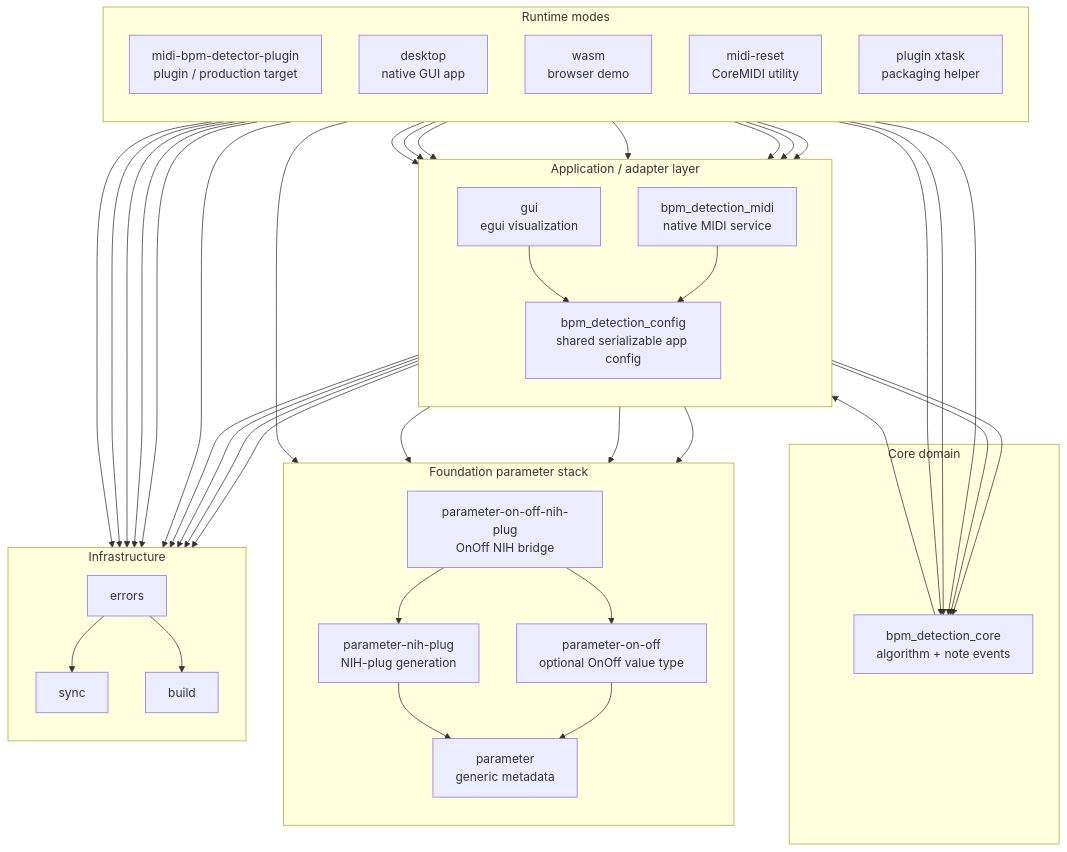
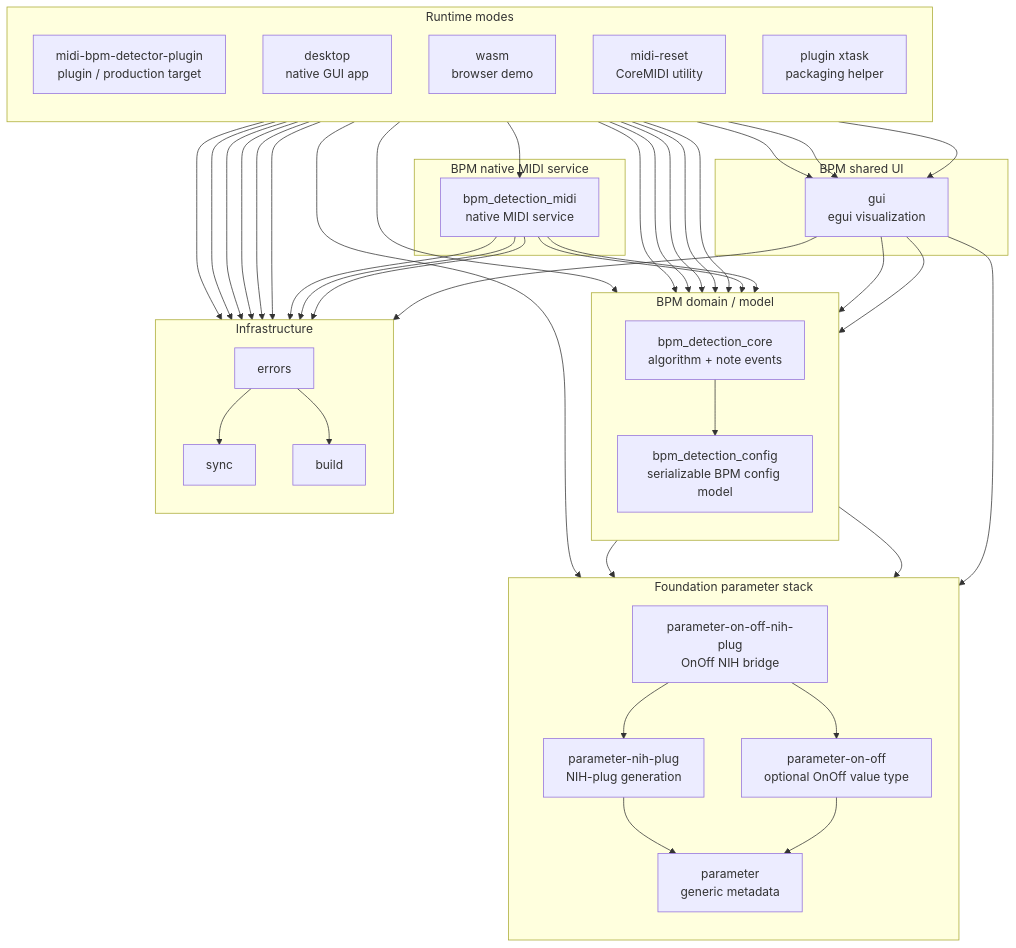
Before and after one commit to valsteen/midi_bpm_detection: the diagram in rust/architecture.md, drawn with Mermaid. The commit also changed other lines of this file and 30 other files, not shown here.

````diff
--- a/rust/architecture.md
+++ b/rust/architecture.md
@@ -24,73 +24,76 @@
 ```mermaid
 flowchart TD
   subgraph modes["Runtime modes"]
     direction TB
     plugin["midi-bpm-detector-plugin<br/>plugin / production target"]
     desktop["desktop<br/>native GUI app"]
     wasm["wasm<br/>browser demo"]
     midi_reset["midi-reset<br/>CoreMIDI utility"]
     xtask["plugin xtask<br/>packaging helper"]
   end
 
-  subgraph adapters["Application / adapter layer"]
+  subgraph domain["BPM domain / model"]
     direction TB
-    gui["gui<br/>egui visualization"]
-    config["bpm_detection_config<br/>shared serializable app config"]
-    midi["bpm_detection_midi<br/>native MIDI service"]
+    config["bpm_detection_config<br/>serializable BPM config model"]
+    core["bpm_detection_core<br/>algorithm + note events"]
   end
 
-  subgraph domain["Core domain"]
-    core["bpm_detection_core<br/>algorithm + note events"]
+  subgraph shared_ui["BPM shared UI"]
+    gui["gui<br/>egui visualization"]
+  end
+
+  subgraph native_midi["BPM native MIDI service"]
+    midi["bpm_detection_midi<br/>native MIDI service"]
   end
 
   subgraph foundation["Foundation parameter stack"]
     direction TB
     parameter_on_off_nih["parameter-on-off-nih-plug<br/>OnOff NIH bridge"]
     parameter_nih["parameter-nih-plug<br/>NIH-plug generation"]
     parameter_on_off["parameter-on-off<br/>optional OnOff value type"]
     parameter["parameter<br/>generic metadata"]
   end
 
   subgraph infra["Infrastructure"]
     direction TB
     errors["errors"]
     sync["sync"]
     build["build"]
   end
 
   plugin --> gui
   plugin --> config
   plugin --> core
   plugin --> parameter_on_off_nih
   plugin --> errors
   plugin --> sync
   desktop --> gui
   desktop --> config
   desktop --> midi
   desktop --> core
   desktop --> errors
   desktop --> sync
   desktop --> build
   wasm --> gui
   wasm --> config
   wasm --> core
   wasm --> errors
   gui --> core
   gui --> config
   gui --> parameter_on_off
   gui --> errors
   config --> parameter
   config --> parameter_on_off
   midi --> core
   midi --> config
   midi --> errors
   midi --> sync
   midi --> build
   core --> config
   parameter_on_off_nih --> parameter_on_off
   parameter_on_off_nih --> parameter_nih
   parameter_nih --> parameter
   parameter_on_off --> parameter
   errors --> sync
   errors --> build
 ```
````
